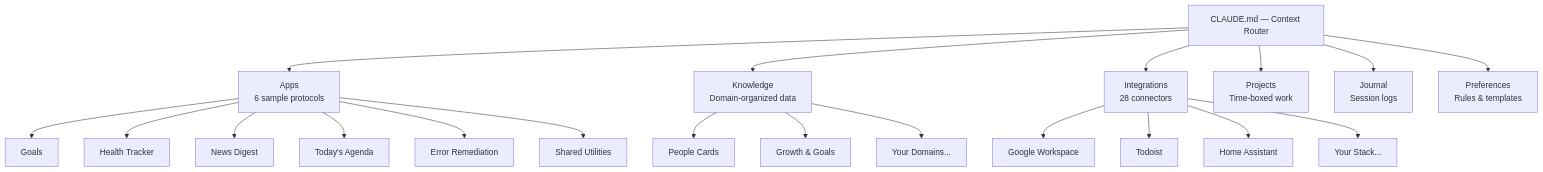
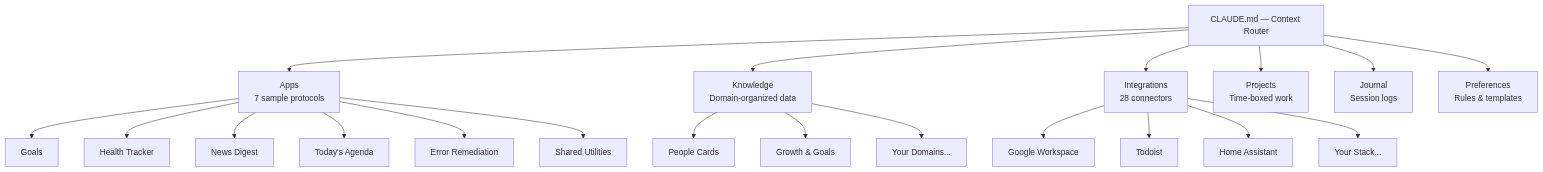
The diagram in README.md (Ashkaan/contextium), drawn with Mermaid before and after one commit. The commit also changed other lines of this file and 16 other files, not shown here.

````diff
--- a/README.md
+++ b/README.md
@@ -75,27 +75,27 @@
 ```mermaid
 graph TD
     Router["CLAUDE.md — Context Router"]
 
-    Router --> Apps["Apps<br/>6 sample protocols"]
+    Router --> Apps["Apps<br/>7 sample protocols"]
     Router --> Knowledge["Knowledge<br/>Domain-organized data"]
     Router --> Integrations["Integrations<br/>28 connectors"]
     Router --> Projects["Projects<br/>Time-boxed work"]
     Router --> Journal["Journal<br/>Session logs"]
     Router --> Preferences["Preferences<br/>Rules & templates"]
 
     Apps --> A1["Goals"]
     Apps --> A2["Health Tracker"]
     Apps --> A3["News Digest"]
     Apps --> A4["Today's Agenda"]
     Apps --> A5["Error Remediation"]
     Apps --> A6["Shared Utilities"]
 
     Knowledge --> K1["People Cards"]
     Knowledge --> K2["Growth & Goals"]
     Knowledge --> K3["Your Domains..."]
 
     Integrations --> I1["Google Workspace"]
     Integrations --> I2["Todoist"]
     Integrations --> I3["Home Assistant"]
     Integrations --> I4["Your Stack..."]
 ```
````
